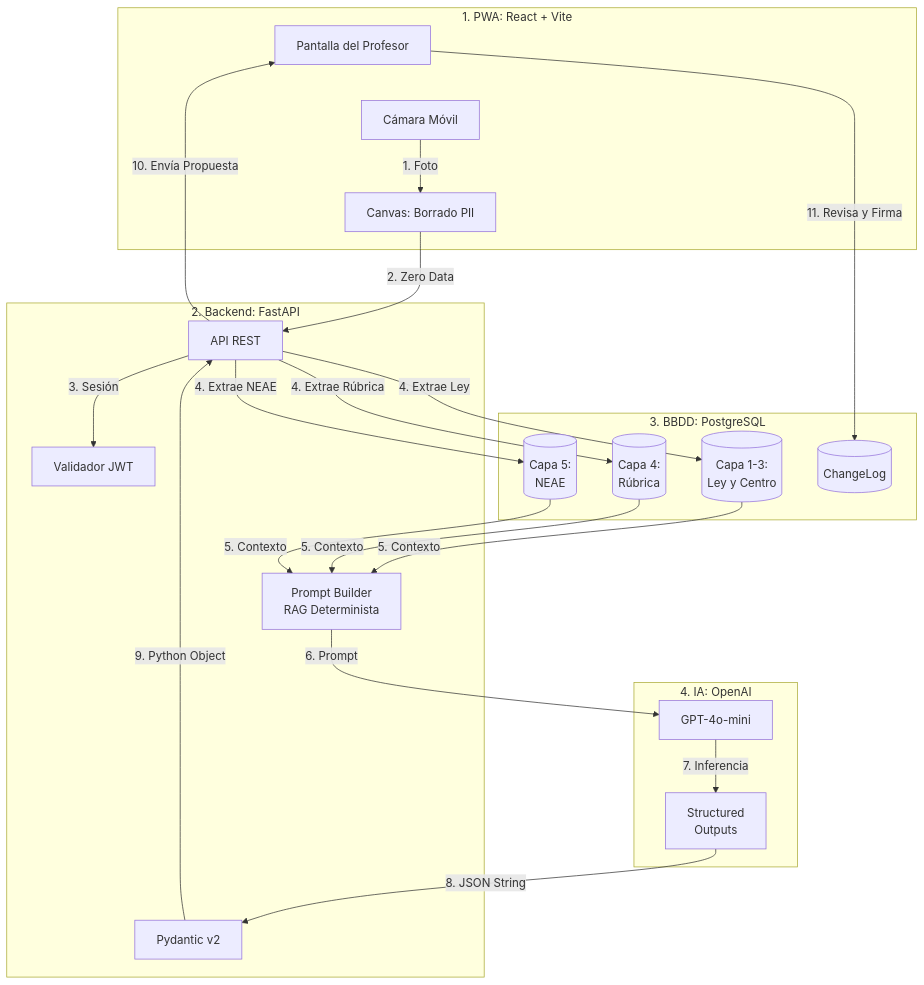
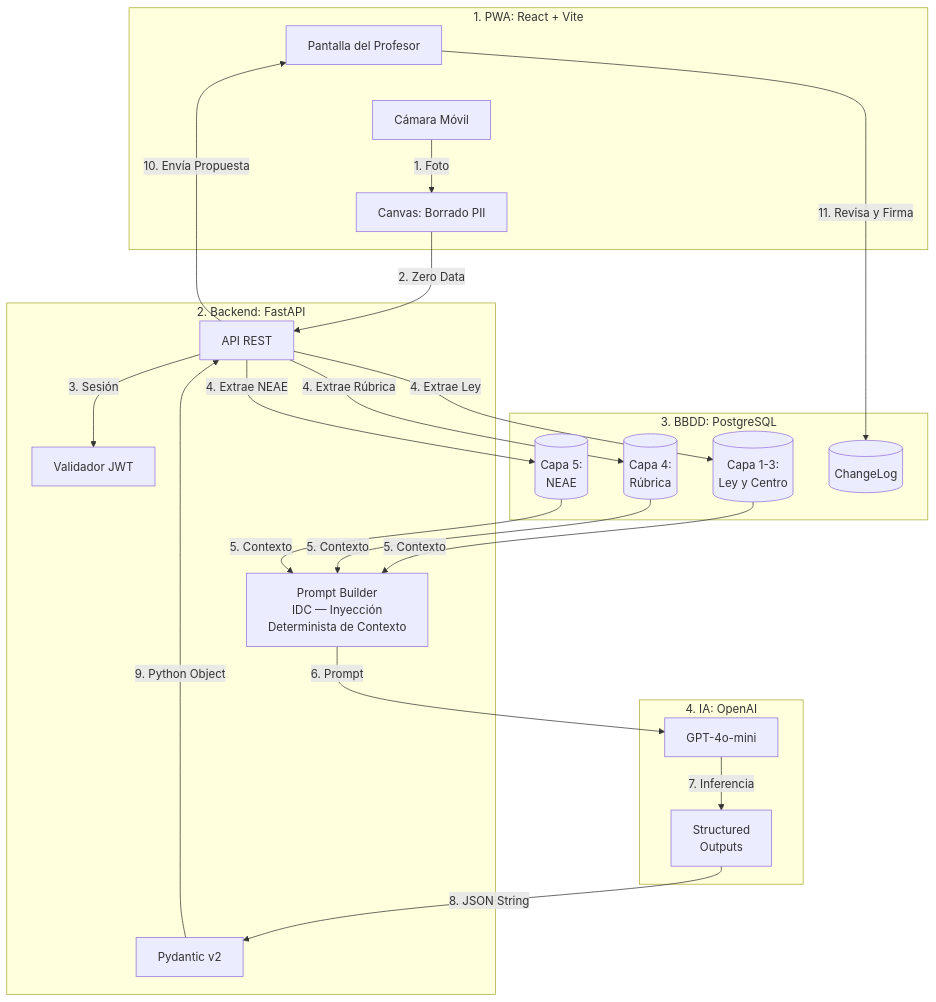
The diagram in README.md (AlbaCamina/api-correccion-formativa-ia-galicia), drawn with Mermaid before and after one commit. The commit also changed other lines of this file and 1 other file, not shown here.

Commit message:
docs(glosario+readme): corrección terminológica IDC en glosario principal y README [D-050]
glosario.md:
- L20 'Core vs. Periferia': 'RAG Determinista' → 'IDC — Inyección
  Determinista de Contexto ([D-050])'.
- Sección 4: entrada 'RAG Semántico vs. RAG Determinista' reescrita y
  renombrada a 'IDC vs. RAG Semántico'. IDC declarado explícitamente
  como distinto de RAG. RAG Semántico real queda en Roadmap-005/010.
- Sección 12: entrada 'RAG' reescrita con las 3 fases obligatorias
  (indexación/recuperación/augmentación) y aviso explícito de que este
  proyecto NO usa RAG — usa IDC.
- Changelog actualizado: 28/09/2026.

README.md:
- Nodo Mermaid 'Prompt Builder': 'RAG Determinista' → 'IDC'.
- Sección arquitectónica: 'Capa normativa determinista' reescrita con
  IDC, referencia D-050 y distinción con RAG vectorial.

````diff
--- a/README.md
+++ b/README.md
@@ -28,47 +28,47 @@
 ```mermaid
 graph TD
     %% Frontend Stack
     subgraph Frontend [1. PWA: React + Vite]
         Profesor[Pantalla del Profesor]
         Cam[Cámara Móvil]
         Canvas[Canvas: Borrado PII]
         Profesor ~~~ Cam
     end
 
     %% Backend Stack
     subgraph Backend [2. Backend: FastAPI]
         Auth[Validador JWT]
         Router[API REST]
-        PBuilder[Prompt Builder<br>RAG Determinista]
+        PBuilder[Prompt Builder<br>IDC — Inyección<br>Determinista de Contexto]
         Pydantic[Pydantic v2]
     end
 
     %% Inteligencia Artificial
     subgraph IA [4. IA: OpenAI]
         LLM[GPT-4o-mini]
         Struct[Structured<br>Outputs]
     end
 
     %% Base de Datos
     subgraph Base_Datos [3. BBDD: PostgreSQL]
         Normas[(Capa 1-3:<br>Ley y Centro)]
         Rubrica[(Capa 4:<br>Rúbrica)]
         Adaptaciones[(Capa 5:<br>NEAE)]
         Auditoria[(ChangeLog)]
     end
 
     %% Conexiones (Flujo de Ejecución)
     Cam -- "1. Foto" --> Canvas
     Canvas -- "2. Zero Data" --> Router
     Router -- "3. Sesión" --> Auth
     Router -- "4. Extrae Ley" --> Normas
     Router -- "4. Extrae Rúbrica" --> Rubrica
     Router -- "4. Extrae NEAE" --> Adaptaciones
     Normas & Rubrica & Adaptaciones -- "5. Contexto" --> PBuilder
     PBuilder -- "6. Prompt" --> LLM
     LLM -- "7. Inferencia" --> Struct
     Struct -- "8. JSON String" --> Pydantic
     Pydantic -- "9. Python Object" --> Router
     Router -- "10. Envía Propuesta" --> Profesor
     Profesor -- "11. Revisa y Firma" --> Auditoria
 ```
````
